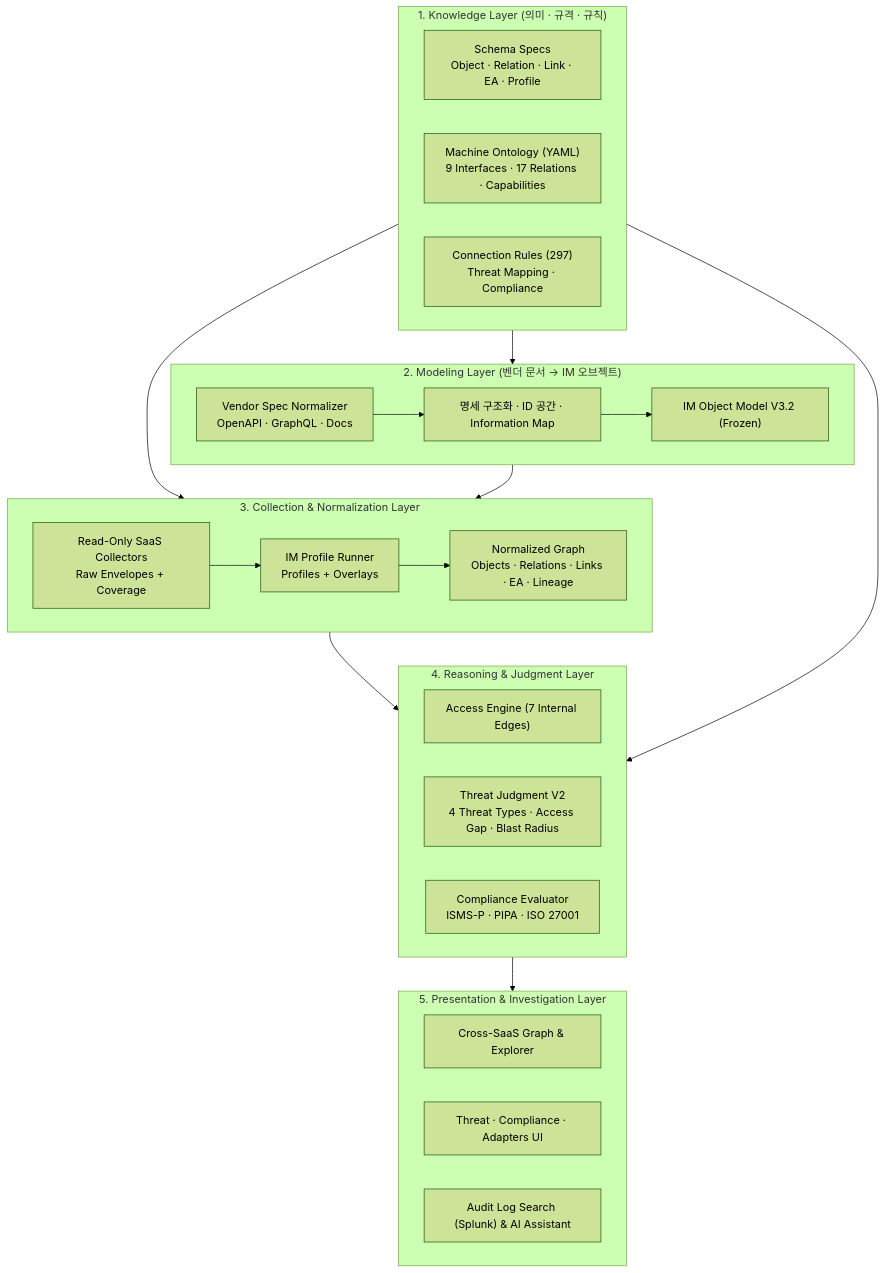
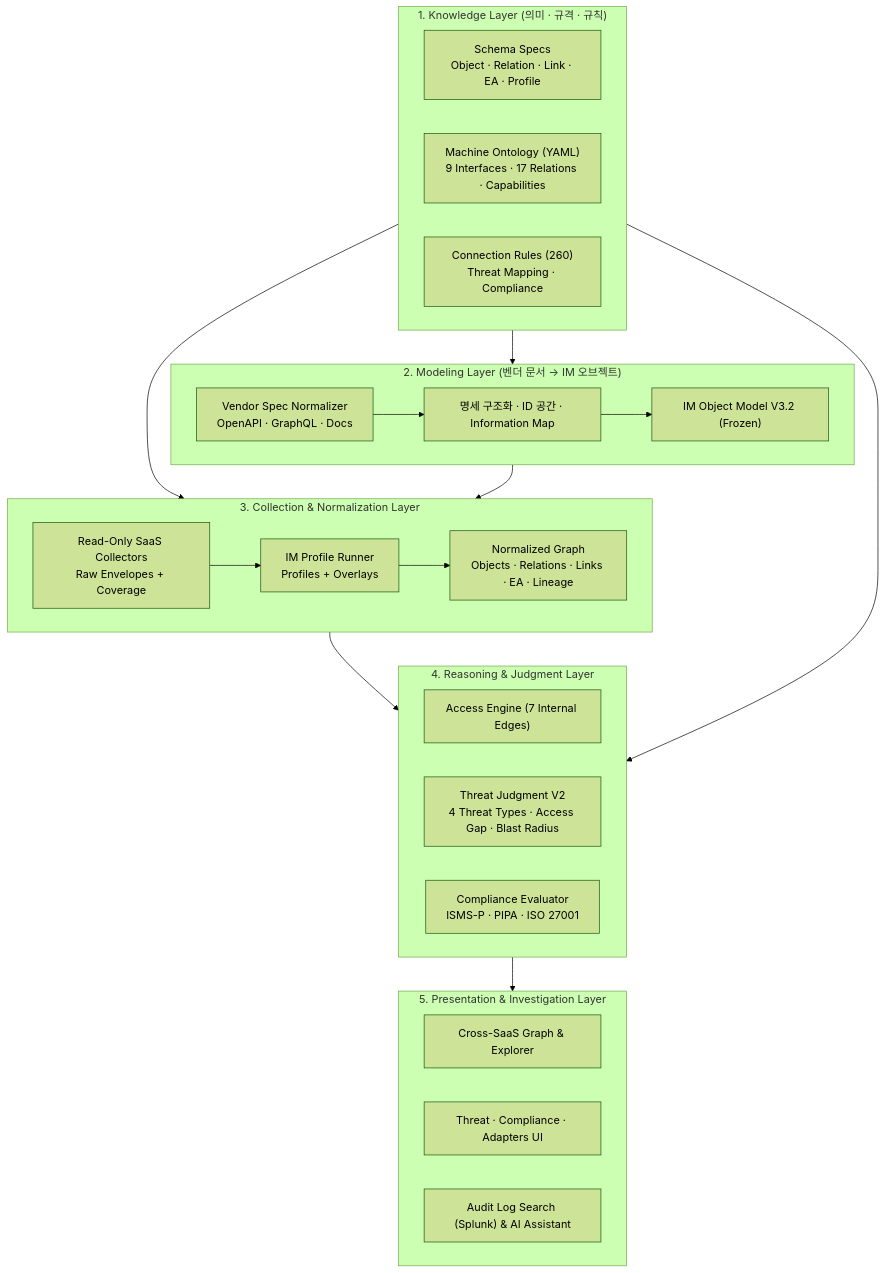
The diagram in docs/01-overview/architecture.md (AEGI-Inc/aegi-framework), drawn with Mermaid (forest theme) before and after one commit. The commit also changed 30 other files, not shown here.

````diff
--- a/docs/01-overview/architecture.md
+++ b/docs/01-overview/architecture.md
@@ -7,41 +7,41 @@
 ```mermaid
 flowchart TB
   subgraph L1["1. Knowledge Layer (의미 · 규격 · 규칙)"]
     K1["Schema Specs<br/>Object · Relation · Link · EA · Profile"]
     K2["Machine Ontology (YAML)<br/>9 Interfaces · 17 Relations · Capabilities"]
-    K3["Connection Rules (297)<br/>Threat Mapping · Compliance"]
+    K3["Connection Rules (260)<br/>Threat Mapping · Compliance"]
   end
 
   subgraph L2["2. Modeling Layer (벤더 문서 → IM 오브젝트)"]
     M1["Vendor Spec Normalizer<br/>OpenAPI · GraphQL · Docs"]
     M2["명세 구조화 · ID 공간 · Information Map"]
     M3["IM Object Model V3.2 (Frozen)"]
     M1 --> M2 --> M3
   end
 
   subgraph L3["3. Collection & Normalization Layer"]
     C1["Read-Only SaaS Collectors<br/>Raw Envelopes + Coverage"]
     C2["IM Profile Runner<br/>Profiles + Overlays"]
     C3["Normalized Graph<br/>Objects · Relations · Links · EA · Lineage"]
     C1 --> C2 --> C3
   end
 
   subgraph L4["4. Reasoning & Judgment Layer"]
     R1["Access Engine (7 Internal Edges)"]
     R2["Threat Judgment V2<br/>4 Threat Types · Access Gap · Blast Radius"]
     R3["Compliance Evaluator<br/>ISMS-P · PIPA · ISO 27001"]
   end
 
   subgraph L5["5. Presentation & Investigation Layer"]
     P1["Cross-SaaS Graph & Explorer"]
     P2["Threat · Compliance · Adapters UI"]
     P3["Audit Log Search (Splunk) & AI Assistant"]
   end
 
   L1 --> L2
   L1 --> L3
   L2 --> L3
   L3 --> L4
   L1 --> L4
   L4 --> L5
 ```
````
